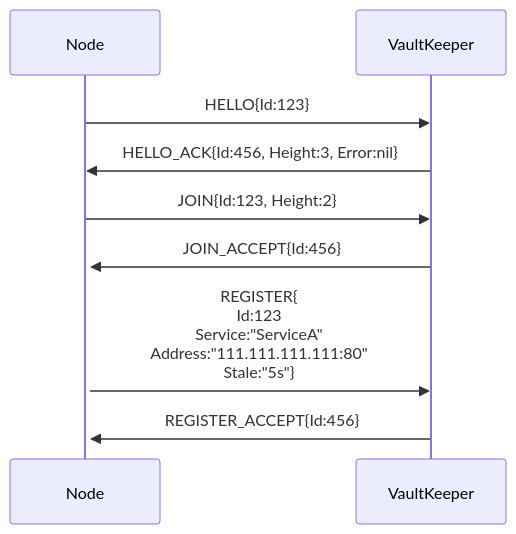
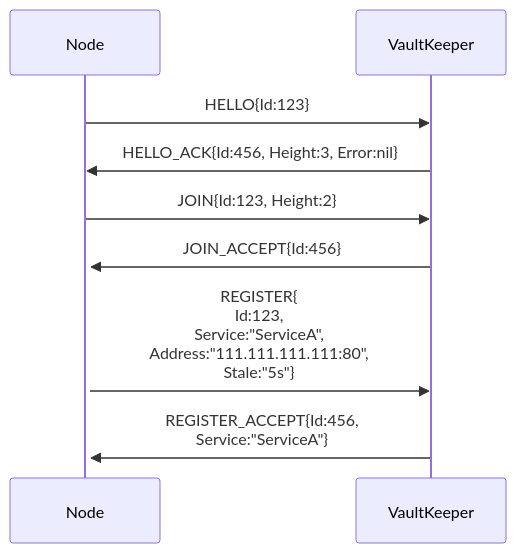
One commit to rflandau/Orv changed the first of 2 diagrams in README.md. Above: the diagram before and after it, drawn with Mermaid. The commit also changed 1 other file, not shown here.

Commit message:
update registration packets

````diff
--- a/README.md
+++ b/README.md
@@ -82,9 +82,9 @@
 ```mermaid
 sequenceDiagram
     Node->>VaultKeeper: HELLO{Id:123}
     VaultKeeper->>Node: HELLO_ACK{Id:456, Height:3, Error:nil}
     Node->>VaultKeeper: JOIN{Id:123, Height:2}
     VaultKeeper->>+Node: JOIN_ACCEPT{Id:456}
-    Node->>VaultKeeper: REGISTER{<br>Id:123<br>Service:"ServiceA"<br>Address:"111.111.111.111:80"<br>Stale:"5s"}
-    VaultKeeper->>+Node: REGISTER_ACCEPT{Id:456}
+    Node->>VaultKeeper: REGISTER{<br>Id:123,<br>Service:"ServiceA",<br>Address:"111.111.111.111:80",<br>Stale:"5s"}
+    VaultKeeper->>+Node: REGISTER_ACCEPT{Id:456,<br>Service:"ServiceA"}
 ```
````
